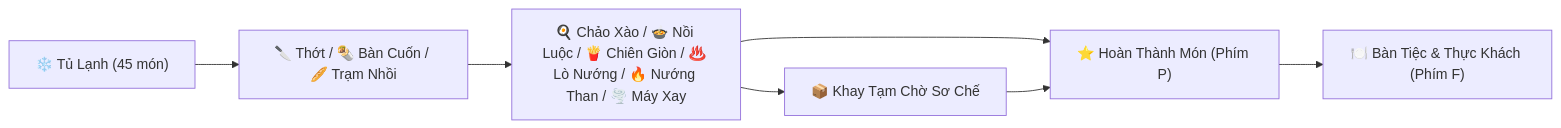
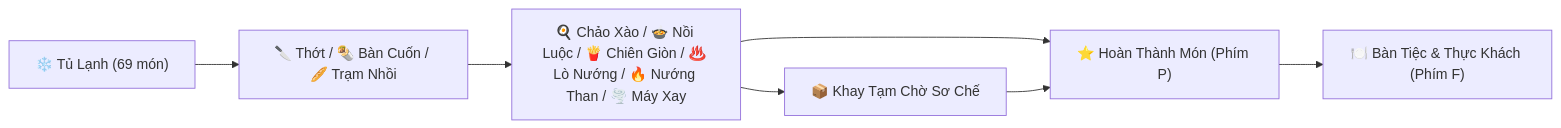
The diagram in README.md (anhlocvu/yum_craft_kitchen), drawn with Mermaid before and after one commit. The commit also changed other lines of this file and 2 other files, not shown here.

````diff
--- a/README.md
+++ b/README.md
@@ -73,9 +81,9 @@
 ```mermaid
 graph LR
-    Fridge["❄️ Tủ Lạnh (45 món)"] --> Prep["🔪 Thớt / 🌯 Bàn Cuốn / 🥖 Trạm Nhồi"]
+    Fridge["❄️ Tủ Lạnh (69 món)"] --> Prep["🔪 Thớt / 🌯 Bàn Cuốn / 🥖 Trạm Nhồi"]
     Prep --> Heat["🍳 Chảo Xào / 🍲 Nồi Luộc / 🍟 Chiên Giòn / ♨️ Lò Nướng / 🔥 Nướng Than / 🌪️ Máy Xay"]
     Heat --> Staging["📦 Khay Tạm Chờ Sơ Chế"]
     Heat --> Finish["⭐ Hoàn Thành Món (Phím P)"]
     Staging --> Finish
     Finish --> Plate["🍽️ Bàn Tiệc & Thực Khách (Phím F)"]
 ```
````
